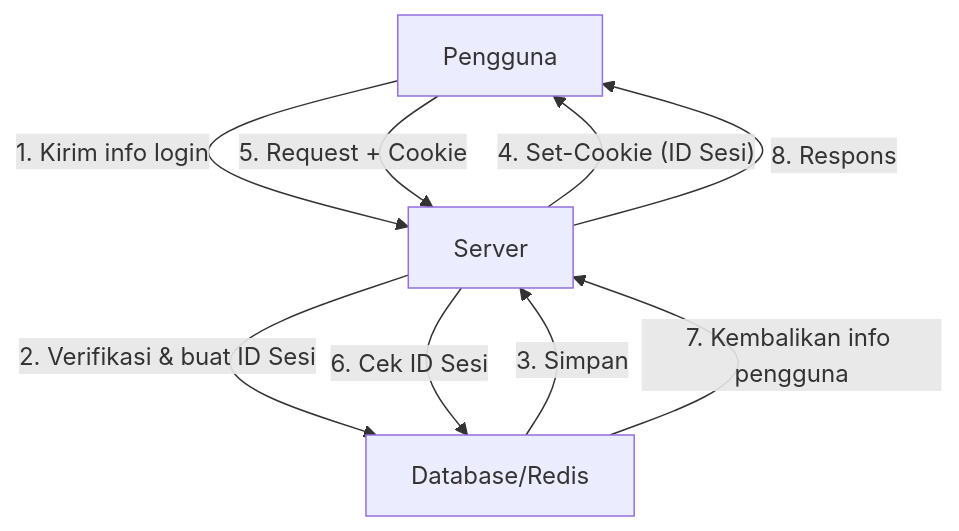
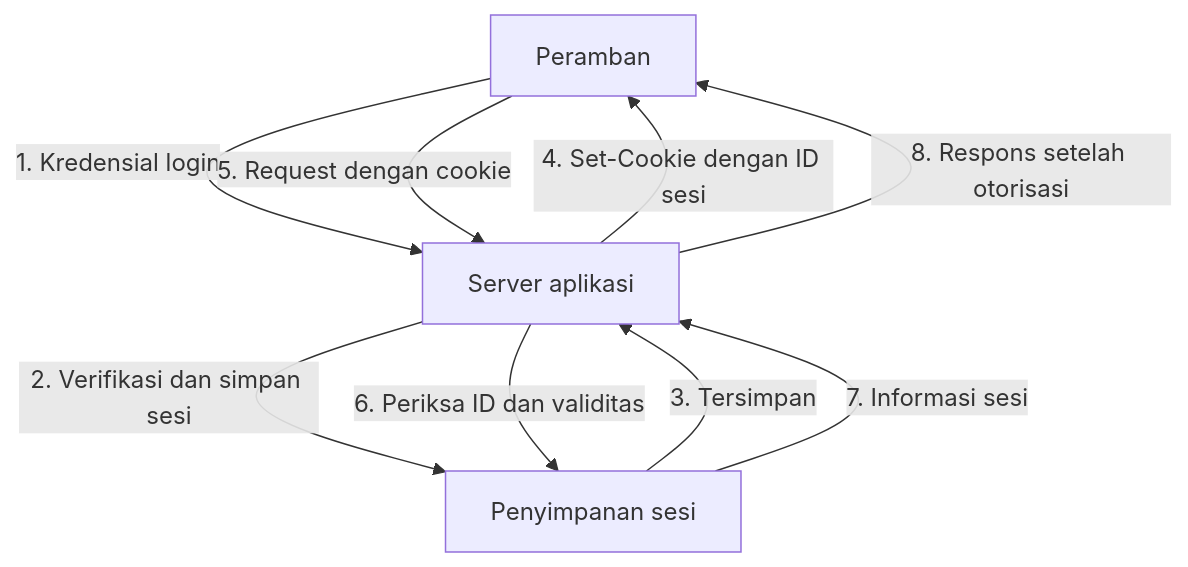
The first of 3 diagrams in content/post/jwt-json-web-token-security-risks/index.id.md (kenjinote/blog), drawn with Mermaid before and after one commit. The commit also changed other lines of this file and 8 other files, not shown here.

````diff
--- a/content/post/jwt-json-web-token-security-risks/index.id.md
+++ b/content/post/jwt-json-web-token-security-risks/index.id.md
@@ -19,11 +20,11 @@
 ```mermaid
 graph TD
-    A["Pengguna"] -- "1. Kirim info login" --> B["Server"]
-    B -- "2. Verifikasi & buat ID Sesi" --> C["Database/Redis"]
-    C -- "3. Simpan" --> B
-    B -- "4. Set-Cookie (ID Sesi)" --> A
-    A -- "5. Request + Cookie" --> B
-    B -- "6. Cek ID Sesi" --> C
-    C -- "7. Kembalikan info pengguna" --> B
-    B -- "8. Respons" --> A
+    A["Peramban"] -- "1. Kredensial login" --> B["Server aplikasi"]
+    B -- "2. Verifikasi dan simpan sesi" --> C["Penyimpanan sesi"]
+    C -- "3. Tersimpan" --> B
+    B -- "4. Set-Cookie dengan ID sesi" --> A
+    A -- "5. Request dengan cookie" --> B
+    B -- "6. Periksa ID dan validitas" --> C
+    C -- "7. Informasi sesi" --> B
+    B -- "8. Respons setelah otorisasi" --> A
 ```
````
